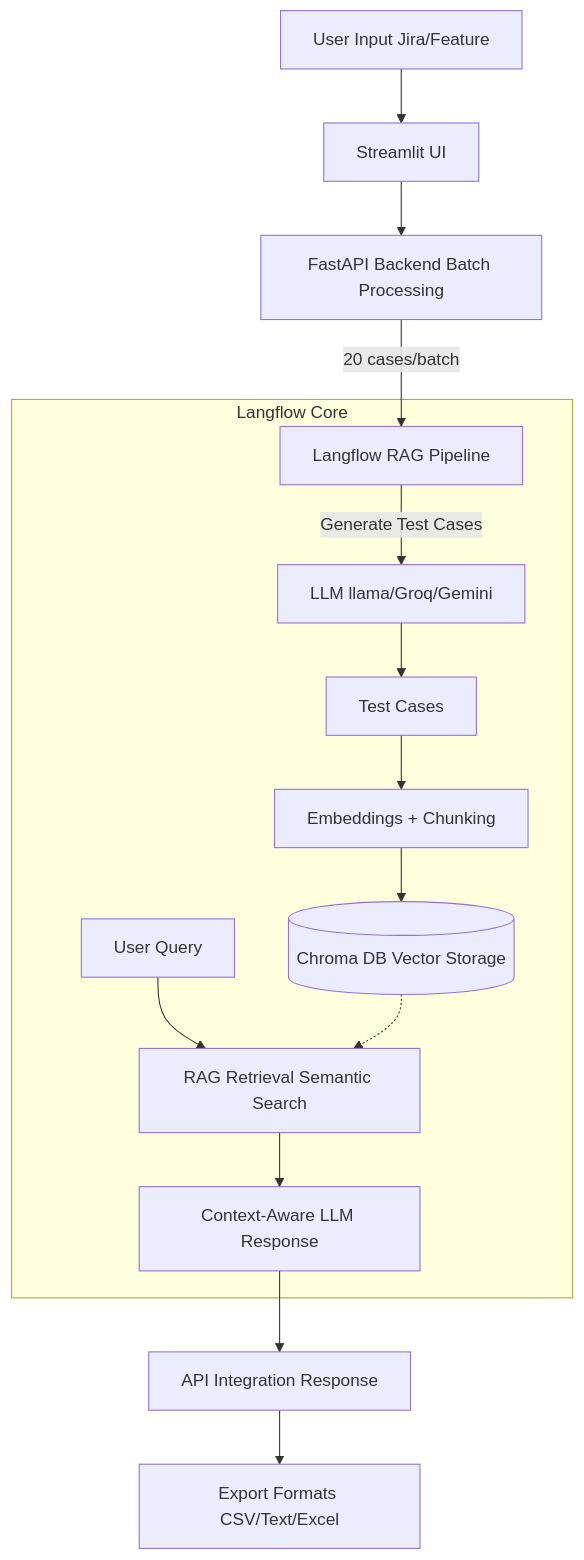
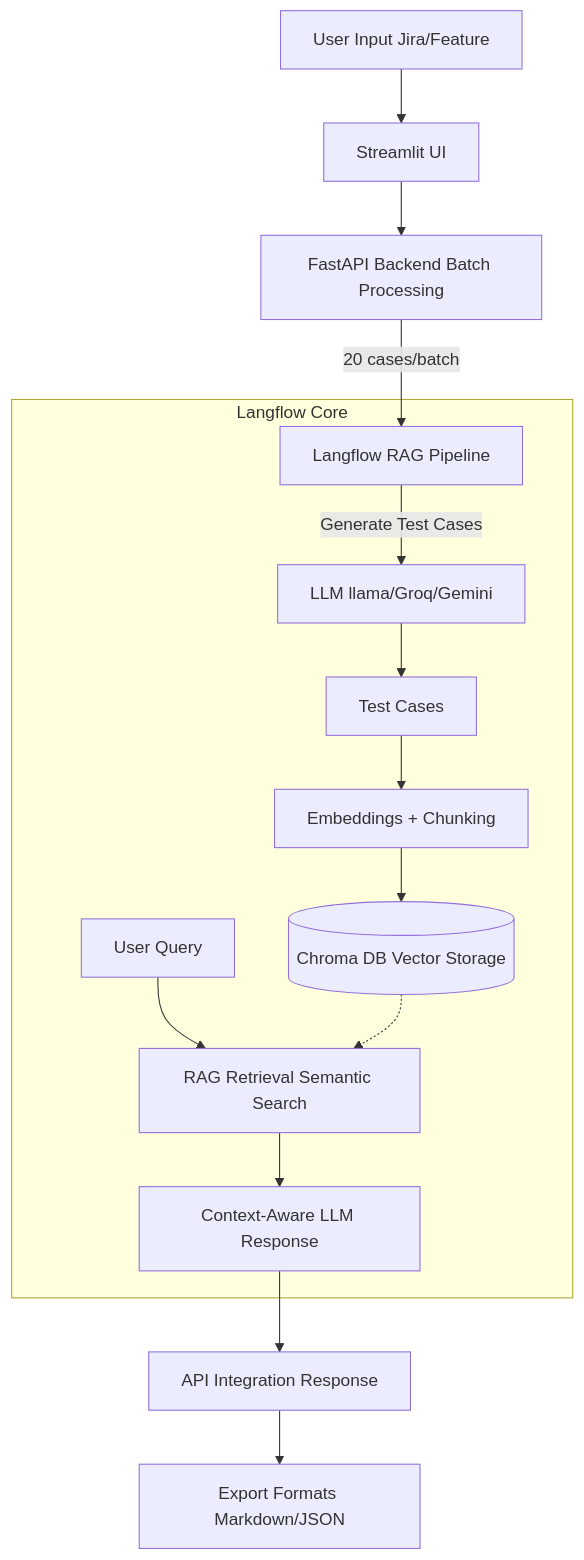
One commit to Naveen-Ravichandran003/ai-testcase-generator-with-rag-ui changed the diagram in README.md. Above: the diagram before and after it, drawn with Mermaid. The commit also changed other lines of this file and 17 other files, not shown here.

````diff
--- a/README.md
+++ b/README.md
@@ -34,19 +54,19 @@
 ```mermaid
 graph TD
     A[User Input Jira/Feature] --> B[Streamlit UI]
     B --> C[FastAPI Backend Batch Processing]
     C -->|20 cases/batch| D[Langflow RAG Pipeline]
     
     subgraph Langflow Core
         D -->|Generate Test Cases| E[LLM llama/Groq/Gemini]
         E --> F[Test Cases]
         F --> G[Embeddings + Chunking]
         G --> H[(Chroma DB Vector Storage)]
         I[User Query] --> J[RAG Retrieval Semantic Search]
         H -.-> J
         J --> K[Context-Aware LLM Response]
     end
     
     K --> L[API Integration Response]
-    L --> M[Export Formats CSV/Text/Excel]
+    L --> M[Export Formats Markdown/JSON]
 ```
````
